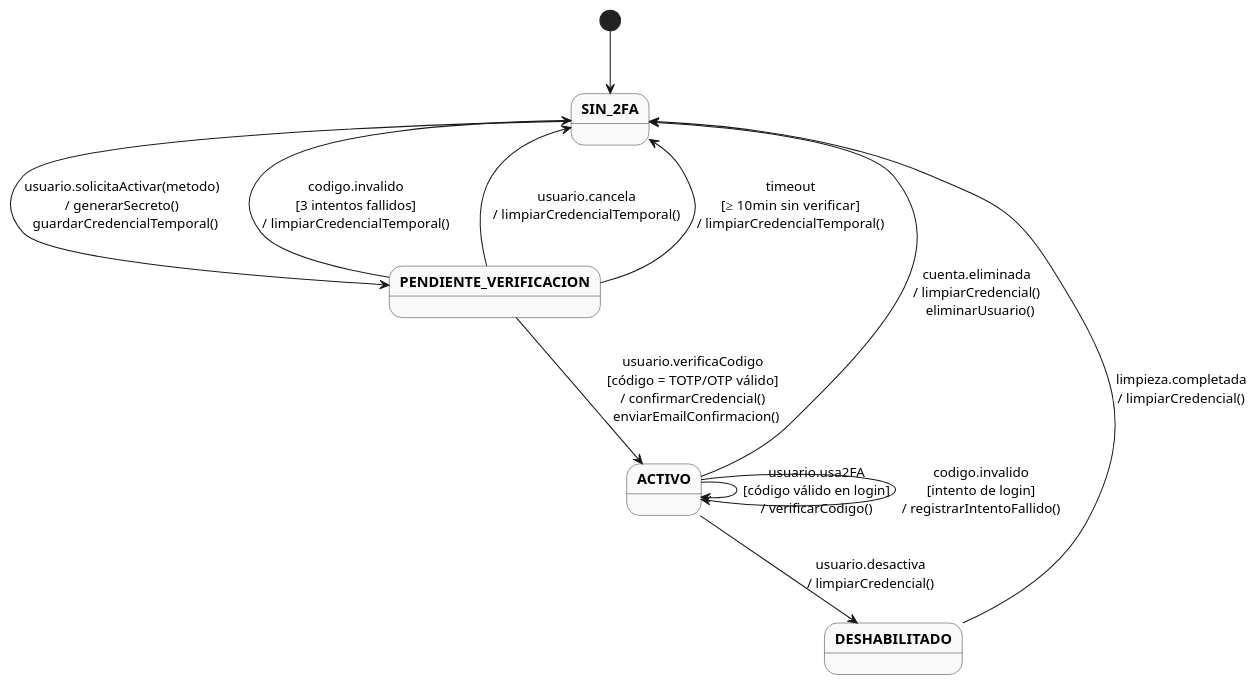
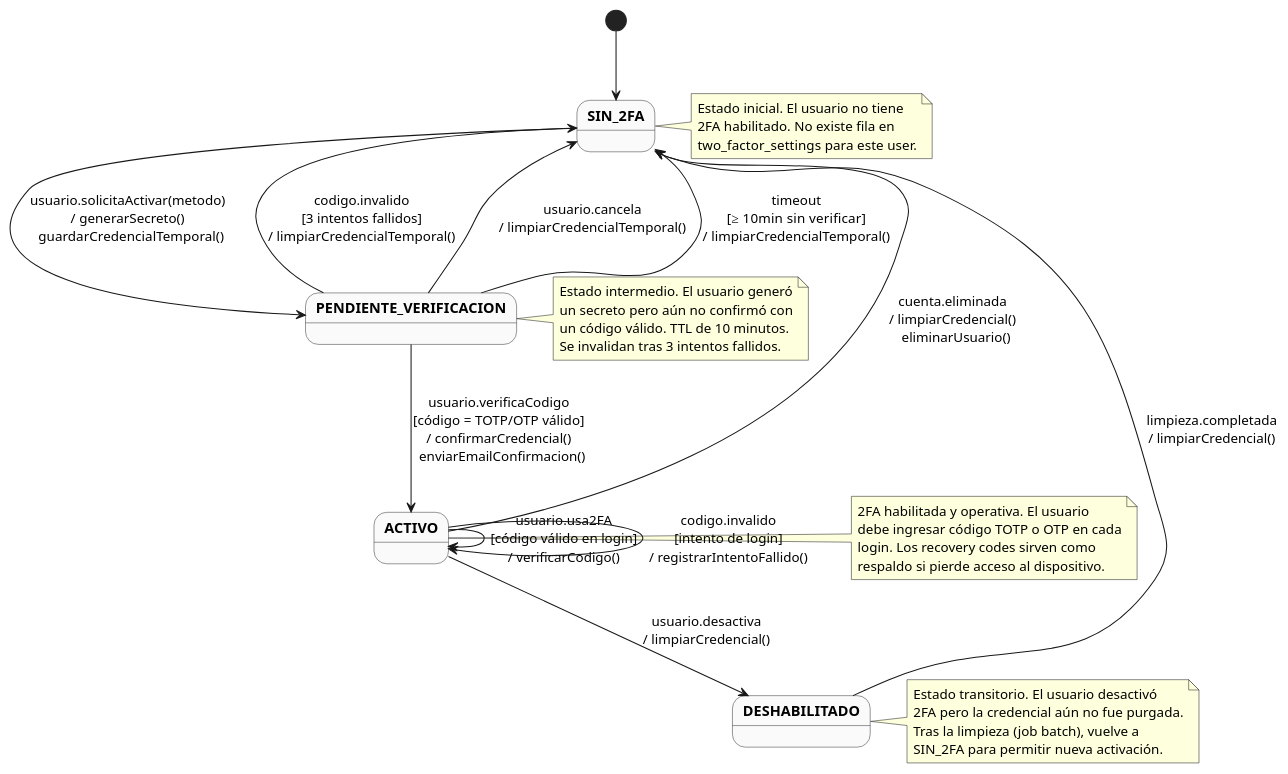
One commit to D4nitrix13/AtlasCommerce changed the diagram in docs/uml/8.5.2-estado-2fa.puml. Above: the diagram before and after it, drawn with PlantUML.

Commit message:
docs(uml): agregar notes explicativas al estado 8.5.2 (2FA)
Para mantener consistencia con el diagrama 8.5.1 (Pedido)
que ya tiene notes por estado. Cada uno de los 4 estados
del ciclo de verificacion 2FA (SIN_2FA, PENDIENTE_VERIFICACION,
ACTIVO, DESHABILITADO) ahora tiene una nota explicativa
adjunta con la semantica del estado.

El 8.5.1 (Pedido) y 8.5.2 (2FA) ahora comparten la misma
estructura visual: 4 estados + 4 notes descriptivos + transiciones
con evento[guarda]/accion.

```diff
--- a/docs/uml/8.5.2-estado-2fa.puml
+++ b/docs/uml/8.5.2-estado-2fa.puml
@@ -1,29 +1,56 @@
-@startuml 8.5 - Diagrama de Estados: Verificación 2FA
+@startuml 8.5.2 - Diagrama de Estados: Verificación 2FA
 skinparam state {
   BackgroundColor #FAFAFA
   BorderColor #333333
   FontStyle bold
 }
 
 state "SIN_2FA" as S2FA
 state "PENDIENTE_VERIFICACION" as PV
 state "ACTIVO" as ACT
 state "DESHABILITADO" as DES
 
 [*] --> S2FA
 
 S2FA --> PV : usuario.solicitaActivar(metodo)\n/ generarSecreto()\n  guardarCredencialTemporal()
 
+note right of S2FA
+  Estado inicial. El usuario no tiene
+  2FA habilitado. No existe fila en
+  two_factor_settings para este user.
+end note
+
 PV --> ACT : usuario.verificaCodigo\n[código = TOTP/OTP válido]\n/ confirmarCredencial()\n  enviarEmailConfirmacion()
 PV --> S2FA : codigo.invalido\n[3 intentos fallidos]\n/ limpiarCredencialTemporal()
 PV --> S2FA : usuario.cancela\n/ limpiarCredencialTemporal()
 PV --> S2FA : timeout\n[≥ 10min sin verificar]\n/ limpiarCredencialTemporal()
+
+note right of PV
+  Estado intermedio. El usuario generó
+  un secreto pero aún no confirmó con
+  un código válido. TTL de 10 minutos.
+  Se invalidan tras 3 intentos fallidos.
+end note
 
 ACT --> ACT : usuario.usa2FA\n[código válido en login]\n/ verificarCodigo()
 ACT --> DES : usuario.desactiva\n/ limpiarCredencial()
 ACT --> ACT : codigo.invalido\n[intento de login]\n/ registrarIntentoFallido()
 ACT --> S2FA : cuenta.eliminada\n/ limpiarCredencial()\n  eliminarUsuario()
 
+note right of ACT
+  2FA habilitada y operativa. El usuario
+  debe ingresar código TOTP o OTP en cada
+  login. Los recovery codes sirven como
+  respaldo si pierde acceso al dispositivo.
+end note
+
 DES --> S2FA : limpieza.completada\n/ limpiarCredencial()
 
+note right of DES
+  Estado transitorio. El usuario desactivó
+  2FA pero la credencial aún no fue purgada.
+  Tras la limpieza (job batch), vuelve a
+  SIN_2FA para permitir nueva activación.
+end note
+
 @enduml
```
